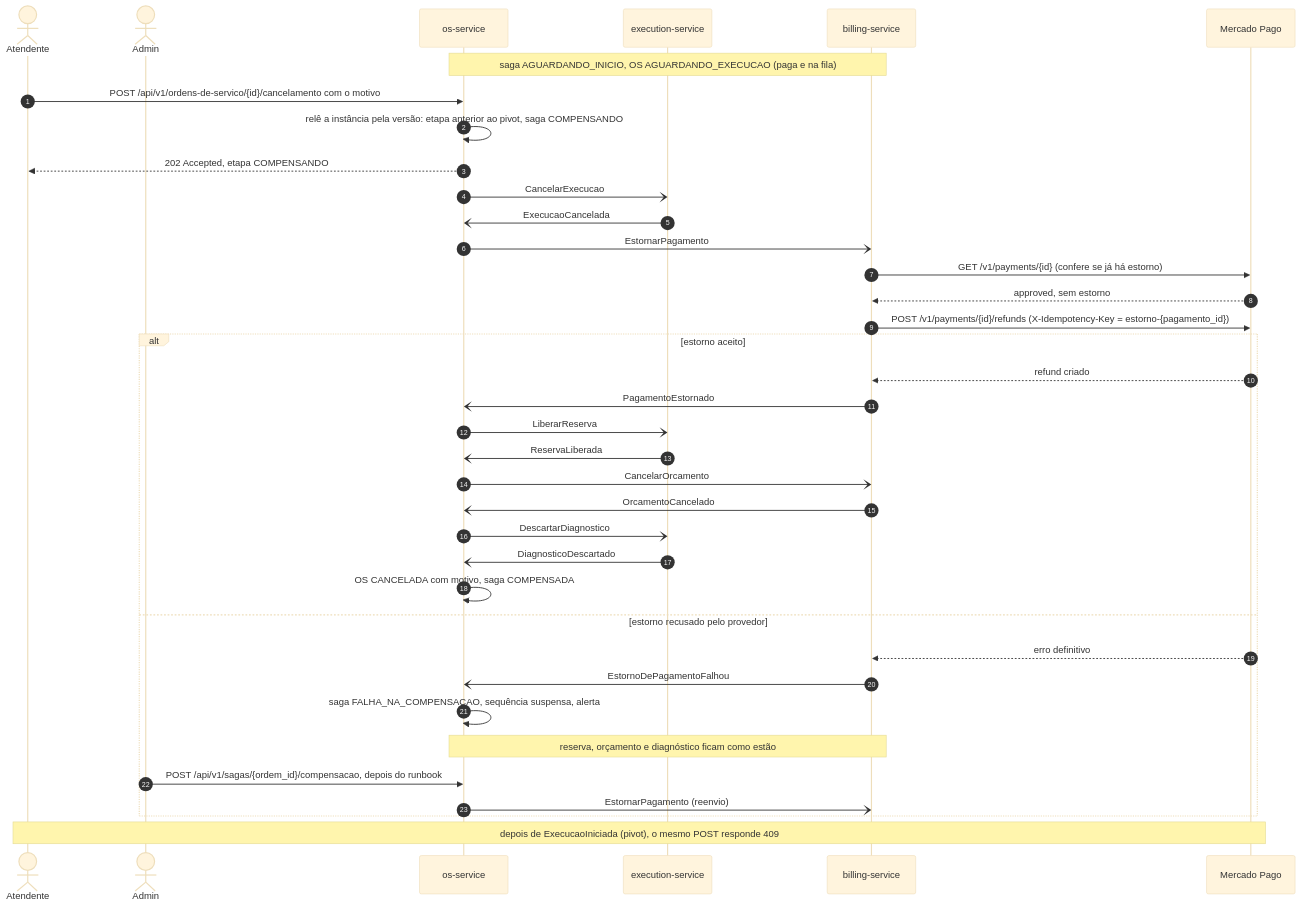
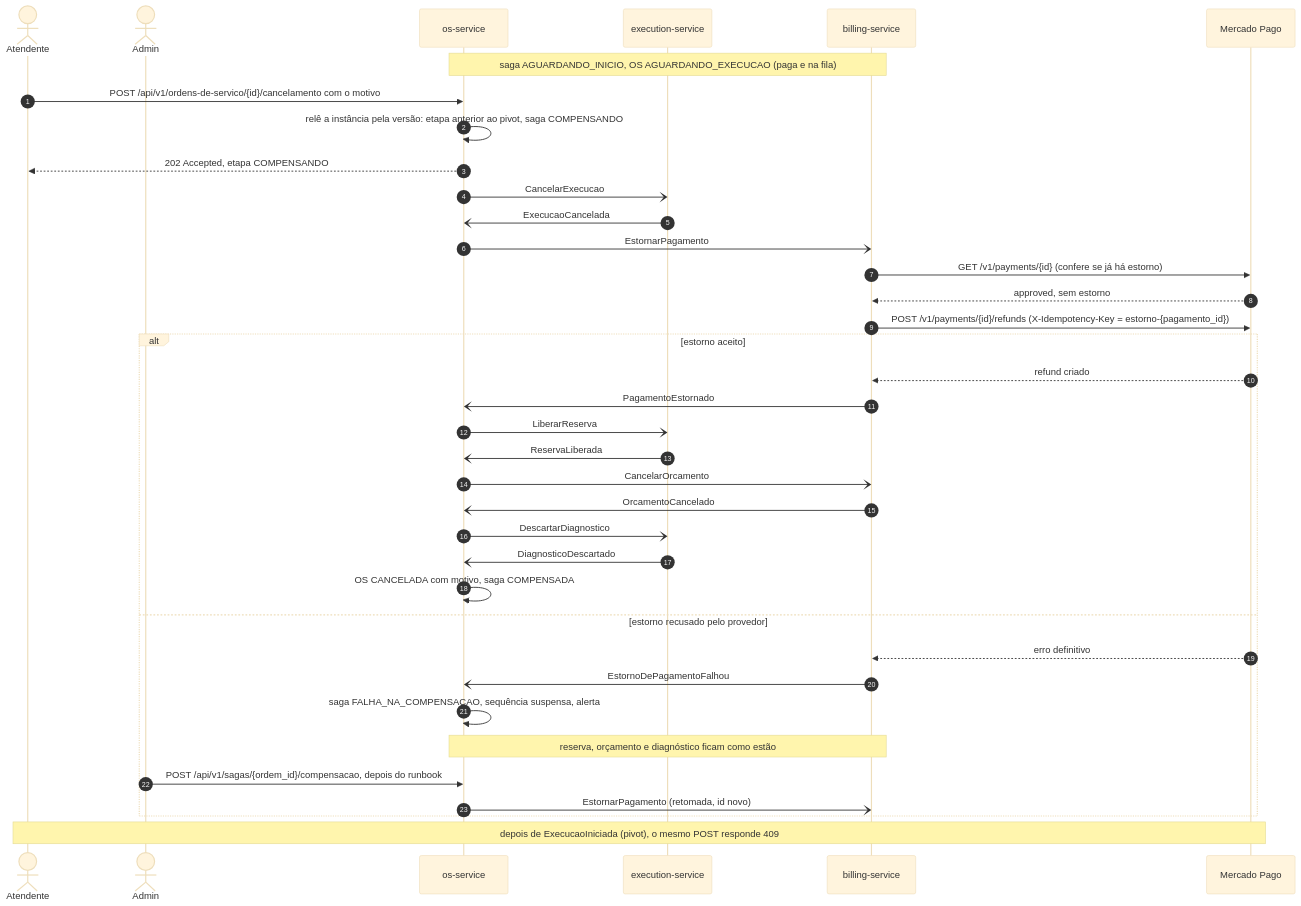
The eighth of 13 diagrams in docs/arquitetura/rfc/fase4/rfc-004-microsservicos-saga.md (fiap-postech-sw-architecture/postech-sw-arch-p4-platform), drawn with Mermaid (base theme) before and after one commit. The commit also changed other lines of this file and 34 other files, not shown here.

````diff
--- a/docs/arquitetura/rfc/fase4/rfc-004-microsservicos-saga.md
+++ b/docs/arquitetura/rfc/fase4/rfc-004-microsservicos-saga.md
@@ -517,40 +526,40 @@
 ```mermaid
 sequenceDiagram
     autonumber
     actor AT as Atendente
     actor AD as Admin
     participant OS as os-service
     participant EX as execution-service
     participant BI as billing-service
     participant MP as Mercado Pago
 
     Note over OS,BI: saga AGUARDANDO_INICIO, OS AGUARDANDO_EXECUCAO (paga e na fila)
     AT->>OS: POST /api/v1/ordens-de-servico/{id}/cancelamento com o motivo
     OS->>OS: relê a instância pela versão: etapa anterior ao pivot, saga COMPENSANDO
     OS-->>AT: 202 Accepted, etapa COMPENSANDO
     OS-)EX: CancelarExecucao
     EX-)OS: ExecucaoCancelada
     OS-)BI: EstornarPagamento
     BI->>MP: GET /v1/payments/{id} (confere se já há estorno)
     MP-->>BI: approved, sem estorno
     BI->>MP: POST /v1/payments/{id}/refunds (X-Idempotency-Key = estorno-{pagamento_id})
     alt estorno aceito
         MP-->>BI: refund criado
         BI-)OS: PagamentoEstornado
         OS-)EX: LiberarReserva
         EX-)OS: ReservaLiberada
         OS-)BI: CancelarOrcamento
         BI-)OS: OrcamentoCancelado
         OS-)EX: DescartarDiagnostico
         EX-)OS: DiagnosticoDescartado
         OS->>OS: OS CANCELADA com motivo, saga COMPENSADA
     else estorno recusado pelo provedor
         MP-->>BI: erro definitivo
         BI-)OS: EstornoDePagamentoFalhou
         OS->>OS: saga FALHA_NA_COMPENSACAO, sequência suspensa, alerta
         Note over OS,BI: reserva, orçamento e diagnóstico ficam como estão
         AD->>OS: POST /api/v1/sagas/{ordem_id}/compensacao, depois do runbook
-        OS-)BI: EstornarPagamento (reenvio)
+        OS-)BI: EstornarPagamento (retomada, id novo)
     end
     Note over AT,MP: depois de ExecucaoIniciada (pivot), o mesmo POST responde 409
 ```
````
